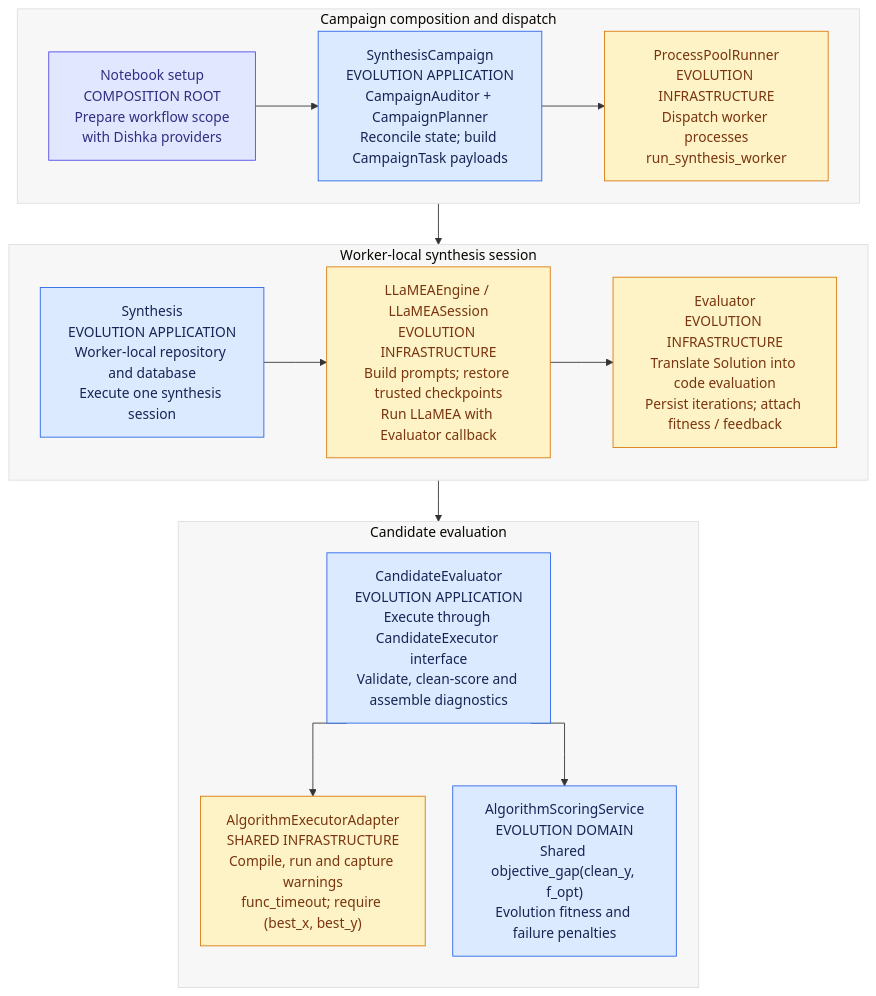
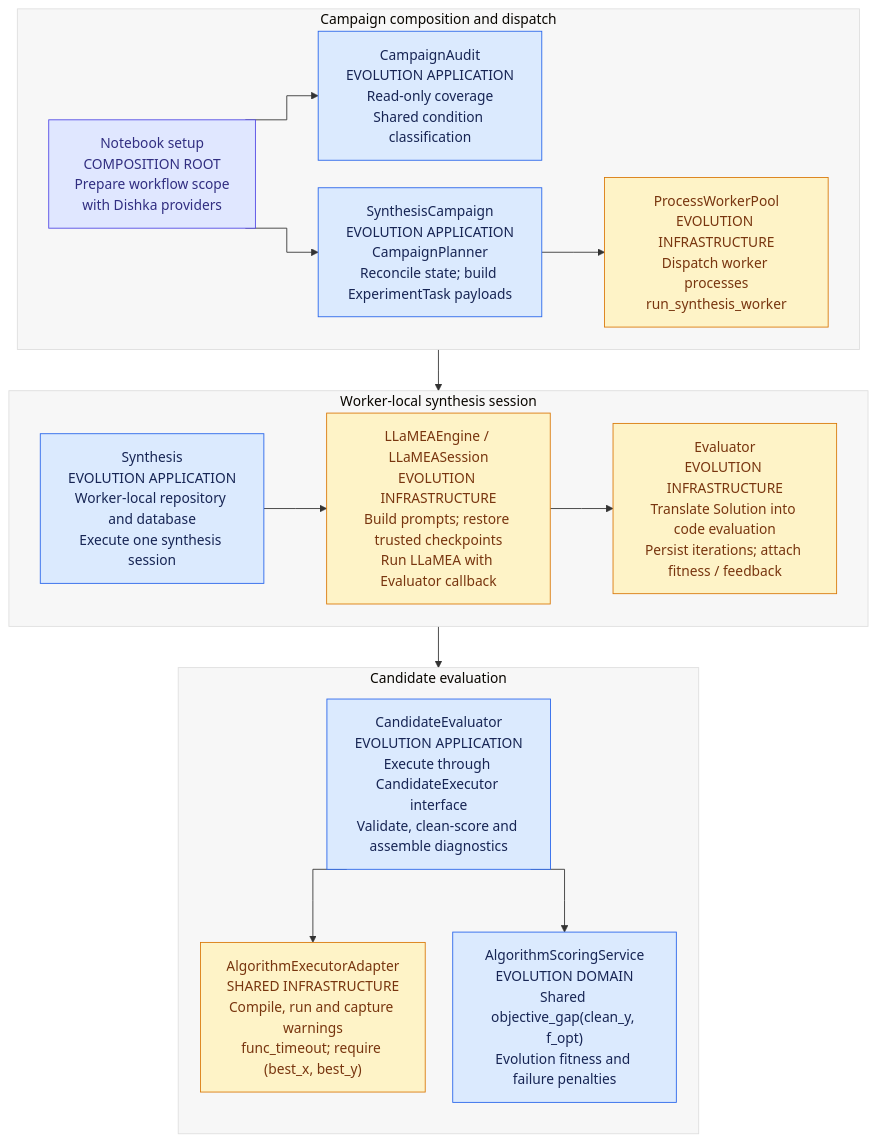
The first of 2 diagrams in docs/architecture/system_architecture.md (Nicola-Ibrahim/AAD_LLM), drawn with Mermaid before and after one commit. The commit also changed other lines of this file and 41 other files, not shown here.

````diff
--- a/docs/architecture/system_architecture.md
+++ b/docs/architecture/system_architecture.md
@@ -17,36 +17,38 @@
 ```mermaid
 %%{init: {"theme":"base","themeVariables":{"background":"#f2e6ff","lineColor":"#333333","fontFamily":"Arial, Helvetica, sans-serif","clusterBkg":"#f7f7f7","clusterBorder":"#dedede"},"flowchart":{"curve":"stepAfter","nodeSpacing":32,"rankSpacing":48}}}%%
 flowchart TD
     accTitle: Synthesis collaboration
     accDescr: Campaign composition dispatches worker-local synthesis sessions; LLaMEA delegates candidate evaluation to shared execution and evolution scoring.
     subgraph Campaign["Campaign composition and dispatch"]
         direction LR
         Bootstrap["Notebook setup<br/>COMPOSITION ROOT<br/>Prepare workflow scope<br/>with Dishka providers"]
-        Coordinator["SynthesisCampaign<br/>EVOLUTION APPLICATION<br/>CampaignAuditor + CampaignPlanner<br/>Reconcile state; build CampaignTask payloads"]
-        Dispatcher["ProcessPoolRunner<br/>EVOLUTION INFRASTRUCTURE<br/>Dispatch worker processes<br/>run_synthesis_worker"]
+        Coordinator["SynthesisCampaign<br/>EVOLUTION APPLICATION<br/>CampaignPlanner<br/>Reconcile state; build ExperimentTask payloads"]
+        Audit["CampaignAudit<br/>EVOLUTION APPLICATION<br/>Read-only coverage<br/>Shared condition classification"]
+        Bootstrap --> Audit
+        Dispatcher["ProcessWorkerPool<br/>EVOLUTION INFRASTRUCTURE<br/>Dispatch worker processes<br/>run_synthesis_worker"]
         Bootstrap --> Coordinator --> Dispatcher
     end
     subgraph Session["Worker-local synthesis session"]
         direction LR
         UseCase["Synthesis<br/>EVOLUTION APPLICATION<br/>Worker-local repository and database<br/>Execute one synthesis session"]
         Engine["LLaMEAEngine / LLaMEASession<br/>EVOLUTION INFRASTRUCTURE<br/>Build prompts; restore trusted checkpoints<br/>Run LLaMEA with Evaluator callback"]
         Evaluator["Evaluator<br/>EVOLUTION INFRASTRUCTURE<br/>Translate Solution into code evaluation<br/>Persist iterations; attach fitness / feedback"]
         UseCase --> Engine --> Evaluator
     end
     subgraph Candidate["Candidate evaluation"]
         direction TB
         Evaluation["CandidateEvaluator<br/>EVOLUTION APPLICATION<br/>Execute through CandidateExecutor interface<br/>Validate, clean-score and assemble diagnostics"]
         Executor["AlgorithmExecutorAdapter<br/>SHARED INFRASTRUCTURE<br/>Compile, run and capture warnings<br/>func_timeout; require (best_x, best_y)"]
         Scoring["AlgorithmScoringService<br/>EVOLUTION DOMAIN<br/>Shared objective_gap(clean_y, f_opt)<br/>Evolution fitness and failure penalties"]
         Evaluation --> Executor
         Evaluation --> Scoring
     end
     Dispatcher --> UseCase
     Evaluator --> Evaluation
     classDef application fill:#dbeafe,stroke:#2563eb,color:#172554;
     classDef infrastructure fill:#fef3c7,stroke:#d97706,color:#78350f;
     classDef composition fill:#e0e7ff,stroke:#4f46e5,color:#312e81;
     class Bootstrap composition;
-    class Coordinator,UseCase,Evaluation,Scoring application;
+    class Coordinator,Audit,UseCase,Evaluation,Scoring application;
     class Dispatcher,Engine,Evaluator,Executor infrastructure;
 ```
````
